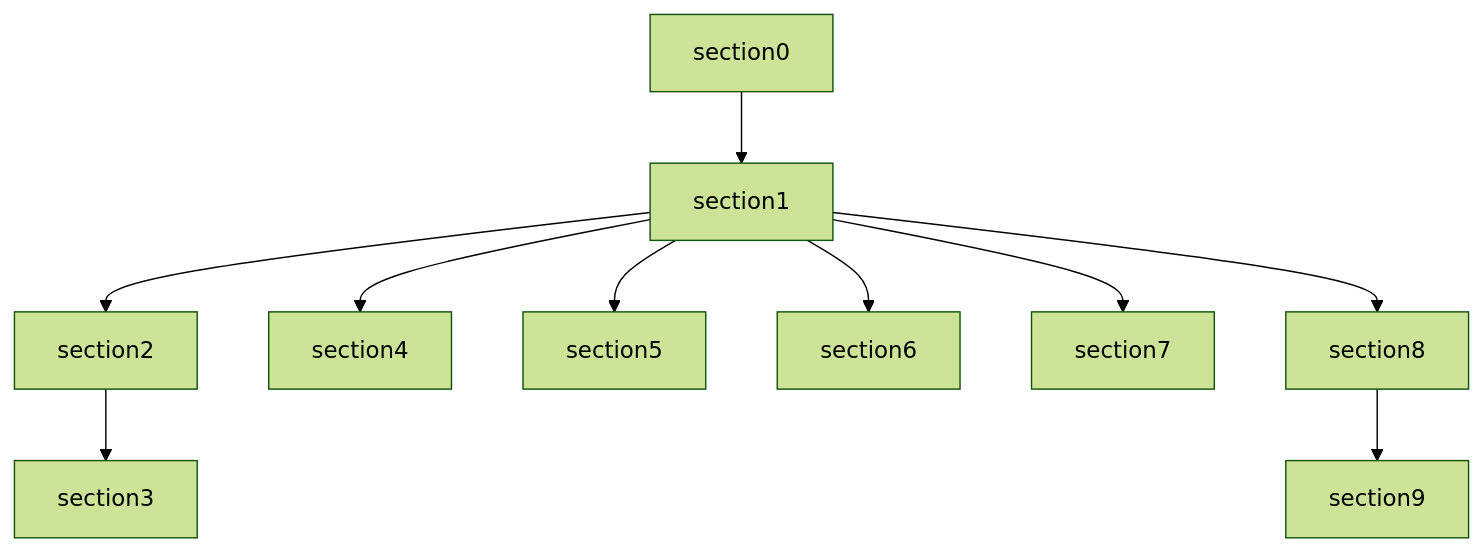
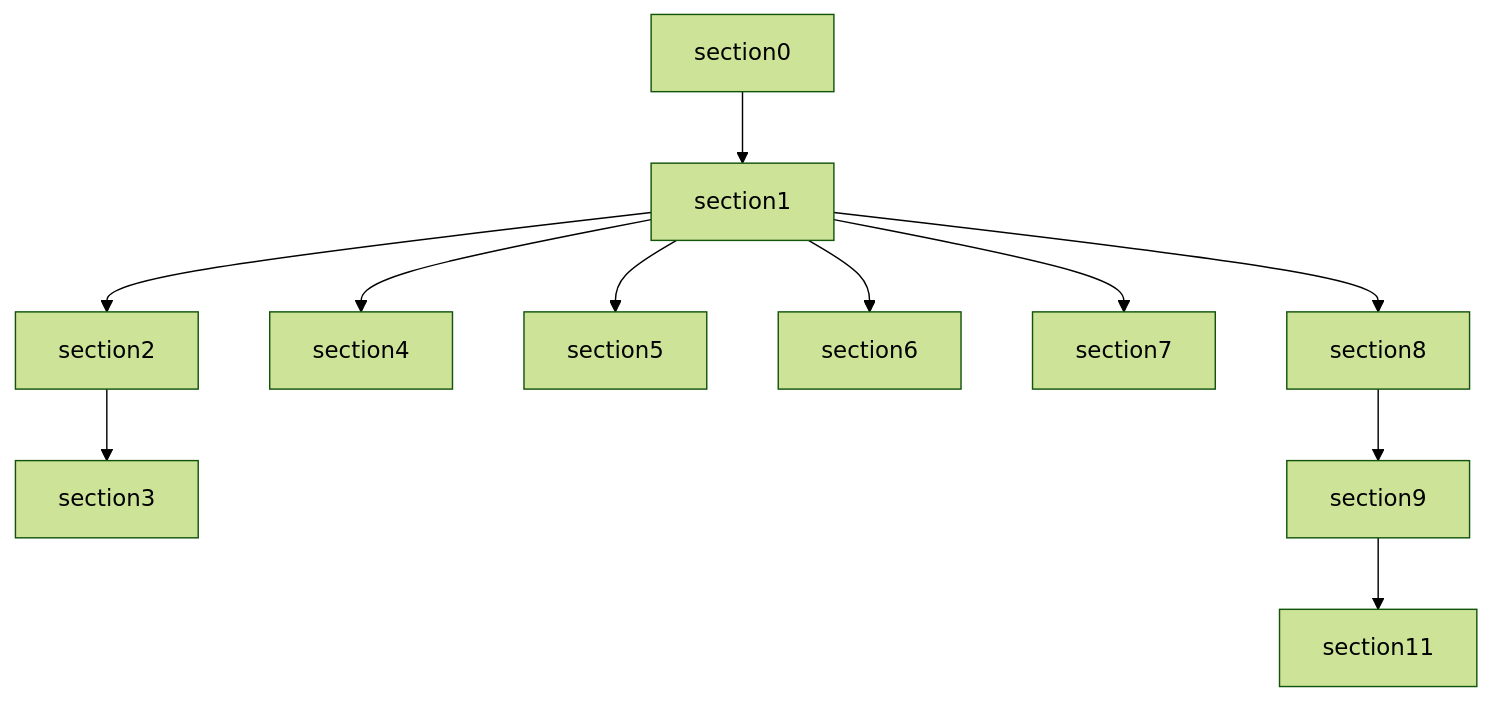
One commit to FDscend/obsidian_tutorial changed the diagram in section0/01_学习路径与先修要求.md. Above: the diagram before and after it, drawn with Mermaid (forest theme). The commit also changed other lines of this file and 15 other files, not shown here.

````diff
--- a/section0/01_学习路径与先修要求.md
+++ b/section0/01_学习路径与先修要求.md
@@ -107,12 +109,13 @@
 ```mermaid
 graph TD
     section0 --> section1
     section1 --> section2
     section2 --> section3
     section1 --> section4
     section1 --> section5
     section1 --> section6
     section1 --> section7
     section1 --> section8
     section8 --> section9
+    section9 --> section11
 ```
````
